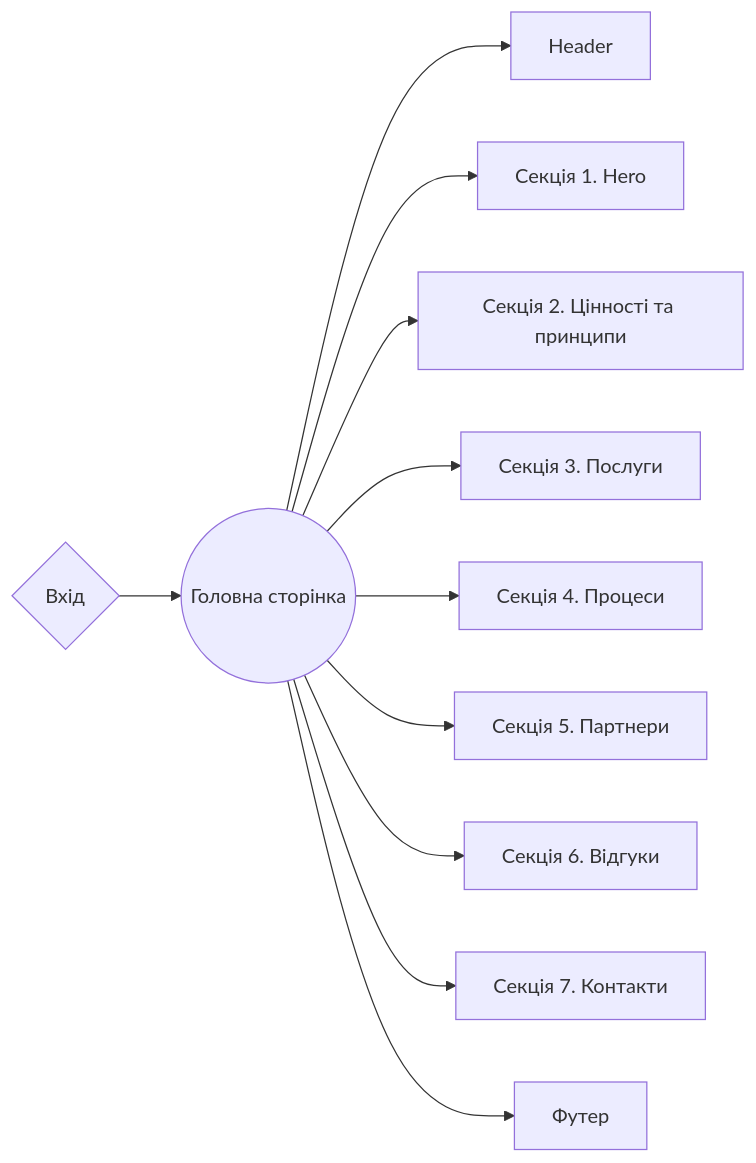
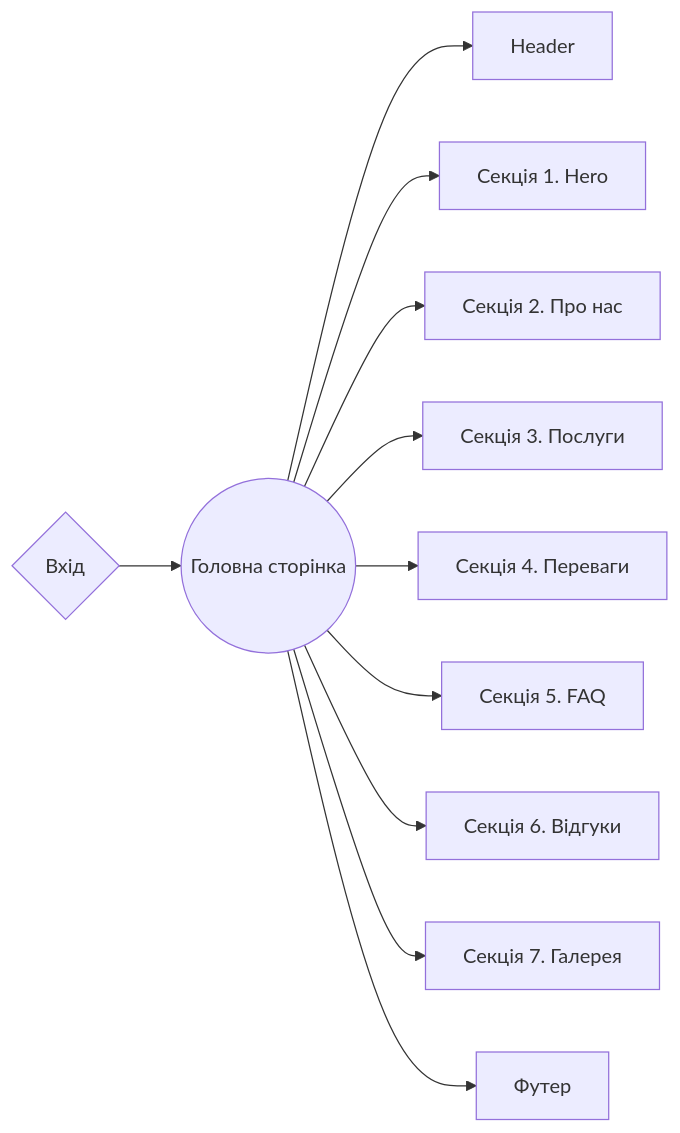
Before and after one commit to SoftRyzen-internship/gift-studio: the diagram in README.md, drawn with Mermaid.

````diff
--- a/README.md
+++ b/README.md
@@ -431,14 +131,14 @@
 ```mermaid
 graph LR
 
   Z{Вхід} --> A((Головна сторінка))
   A --> B[Header]
   A --> C[Секція 1. Hero]
-  A --> D[Секція 2. Цінності та принципи]
+  A --> D[Секція 2. Про нас]
   A --> E[Секція 3. Послуги]
-  A --> F[Секція 4. Процеси]
-  A --> G[Секція 5. Партнери]
+  A --> F[Секція 4. Переваги]
+  A --> G[Секція 5. FAQ]
   A --> H[Секція 6. Відгуки]
-  A --> I[Секція 7. Контакти]
+  A --> I[Секція 7. Галерея]
   A --> J[Футер]
 ```
````
